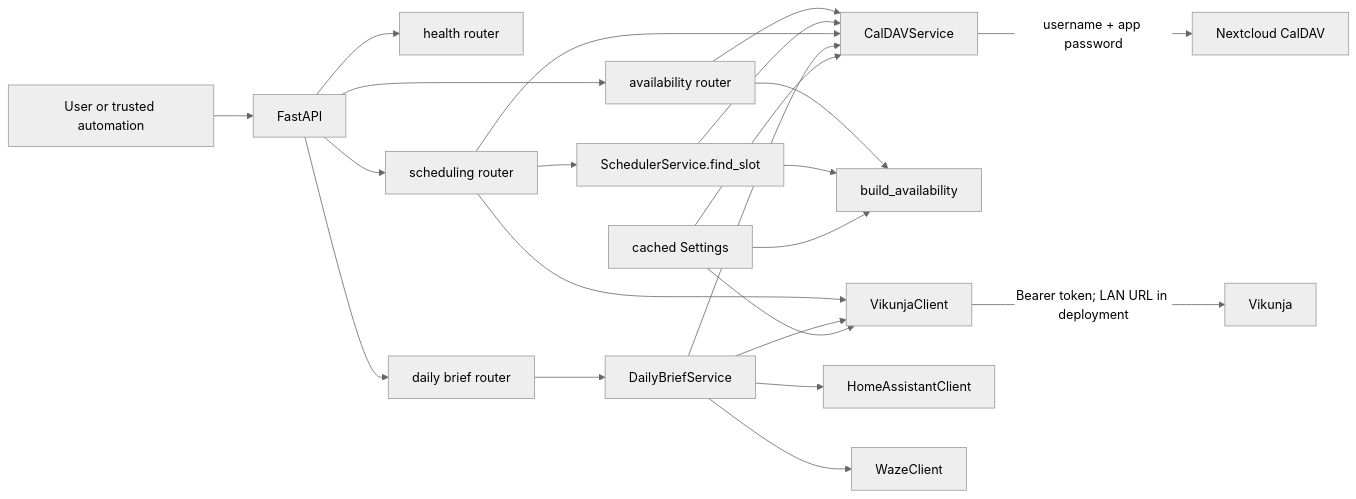
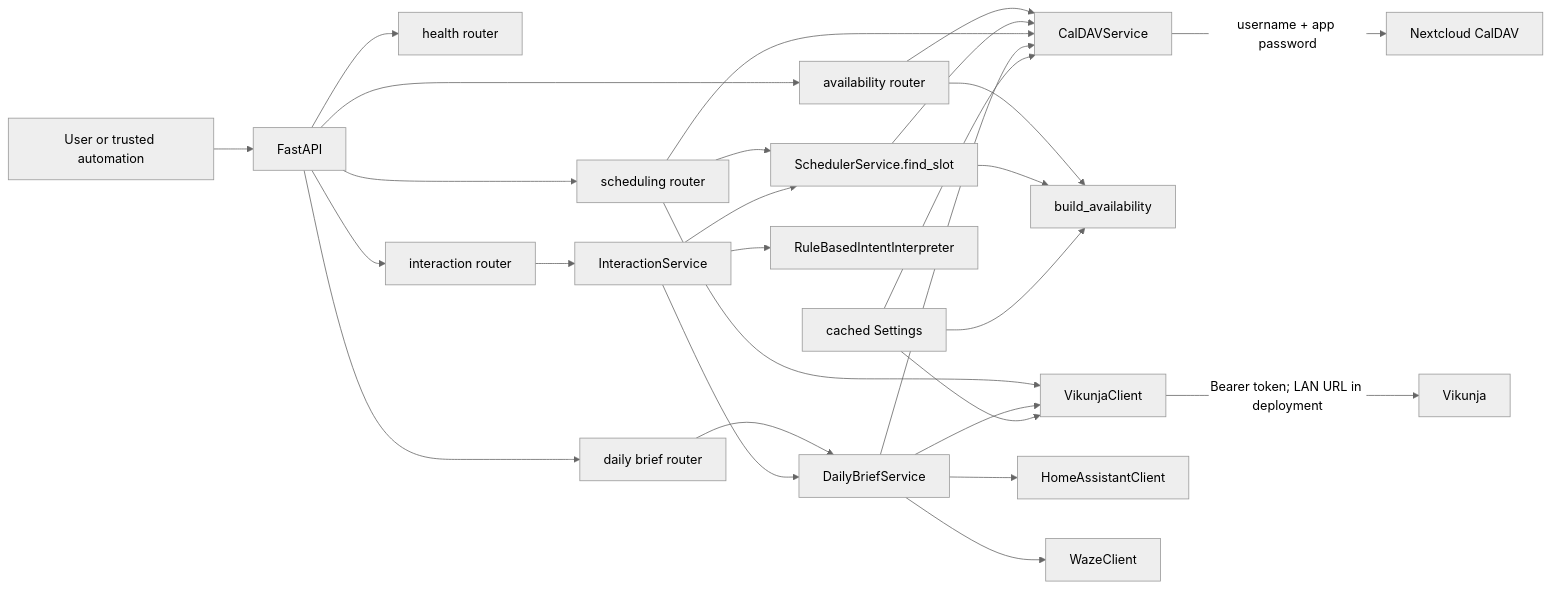
Before and after one commit to daviswmiller057/beacon-api: the diagram in docs/architecture.md, drawn with Mermaid (neutral theme). The commit also changed other lines of this file and 21 other files, not shown here.

Commit message:
Add Beacon service interface and interaction layer

````diff
--- a/docs/architecture.md
+++ b/docs/architecture.md
@@ -7,25 +11,30 @@
 ```mermaid
 flowchart LR
     Caller["User or trusted automation"] --> API["FastAPI"]
     API --> H["health router"]
     API --> AR["availability router"]
     API --> SR["scheduling router"]
     AR --> C["CalDAVService"]
     AR --> E["build_availability"]
     SR --> V["VikunjaClient"]
     SR --> S["SchedulerService.find_slot"]
     S --> C
     S --> E
     SR --> C
     API --> DBR["daily brief router"]
     DBR --> DBS["DailyBriefService"]
     DBS --> C
     DBS --> V
     DBS --> HA["HomeAssistantClient"]
     DBS --> W["WazeClient"]
+    API --> IR["interaction router"]
+    IR --> IS["InteractionService"]
+    IS --> RI["RuleBasedIntentInterpreter"]
+    IS --> S
+    IS --> DBS
     V -->|"Bearer token; LAN URL in deployment"| VS["Vikunja"]
     C -->|"username + app password"| NC["Nextcloud CalDAV"]
     CFG["cached Settings"] --> V
     CFG --> C
     CFG --> E
 ```
````
